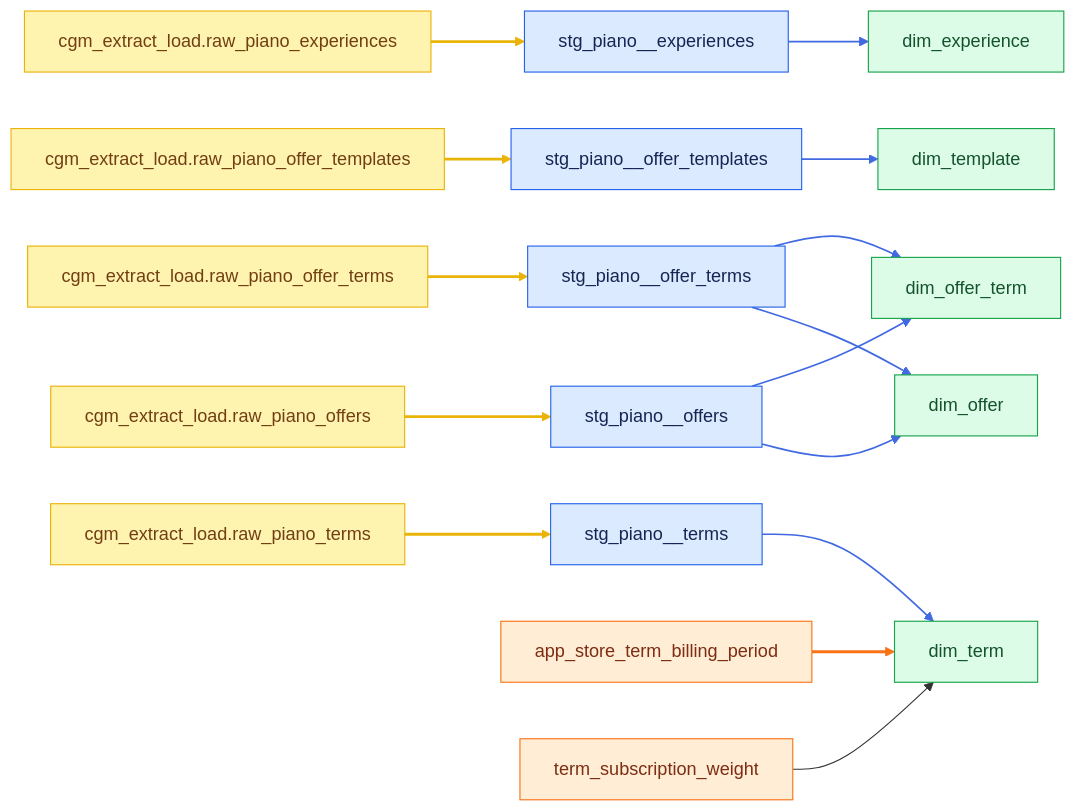
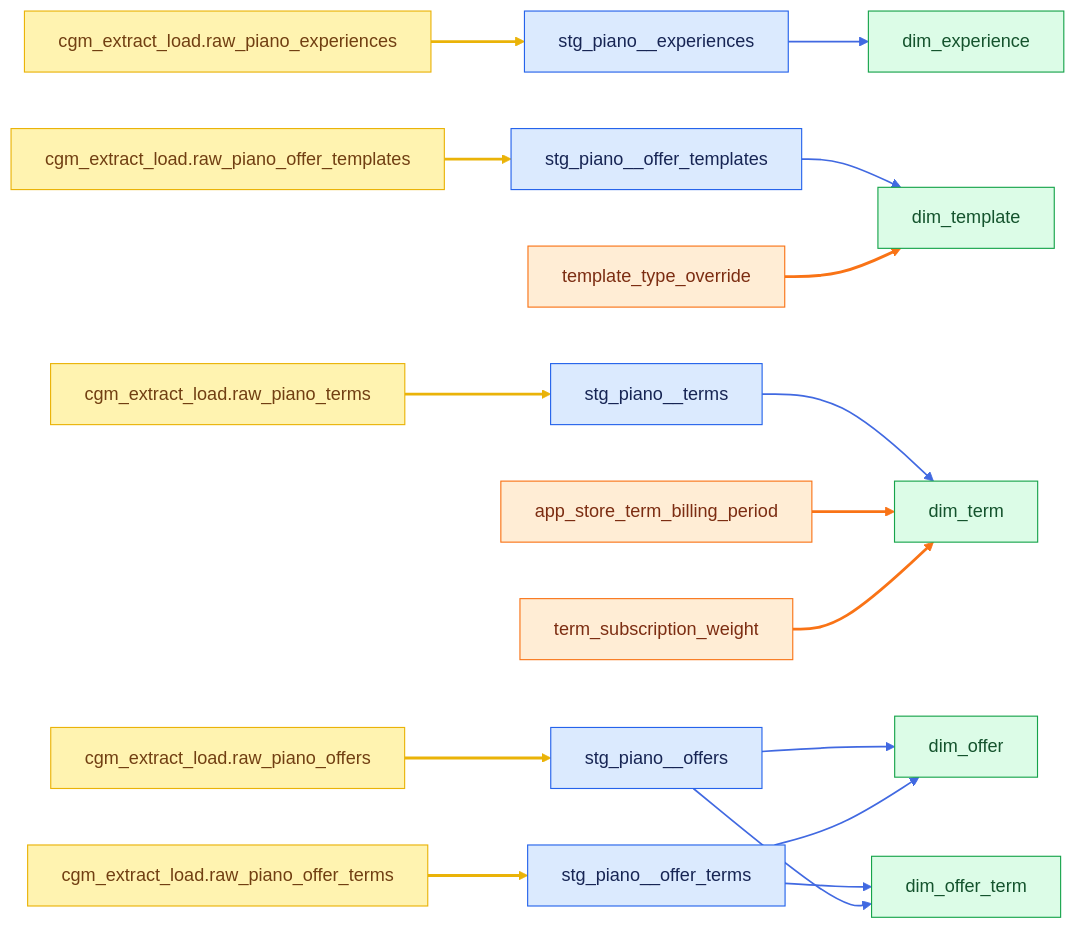
One commit to angelatanbbc/angela_bbc changed the third of 7 diagrams in docs/lineage.md. Above: the diagram before and after it, drawn with Mermaid. The commit also changed other lines of this file and 4 other files, not shown here.

````diff
--- a/docs/lineage.md
+++ b/docs/lineage.md
@@ -98,24 +98,25 @@
 ```mermaid
 graph LR
     classDef source fill:#fff3b0,stroke:#eab308,color:#713f12
     classDef seed fill:#ffedd5,stroke:#f97316,color:#7c2d12
     classDef model fill:#dbeafe,stroke:#2563eb,color:#172554
     classDef mart fill:#dcfce7,stroke:#16a34a,color:#14532d
     raw_exp["cgm_extract_load.raw_piano_experiences"]:::source --> stg_exp["stg_piano__experiences"]:::model
     raw_tpl["cgm_extract_load.raw_piano_offer_templates"]:::source --> stg_tpl["stg_piano__offer_templates"]:::model
     raw_term["cgm_extract_load.raw_piano_terms"]:::source --> stg_term["stg_piano__terms"]:::model
     raw_offer["cgm_extract_load.raw_piano_offers"]:::source --> stg_offer["stg_piano__offers"]:::model
     raw_ot["cgm_extract_load.raw_piano_offer_terms"]:::source --> stg_ot["stg_piano__offer_terms"]:::model
     stg_exp --> experience["dim_experience"]:::mart
     stg_tpl --> template["dim_template"]:::mart
     stg_term --> term["dim_term"]:::mart
     stg_offer --> offer["dim_offer"]:::mart
     stg_ot --> offer
     stg_ot --> offer_term["dim_offer_term"]:::mart
     stg_offer --> offer_term
     billing_seed["app_store_term_billing_period"]:::seed --> term
     weight_seed["term_subscription_weight"]:::seed --> term
+    override_seed["template_type_override"]:::seed --> template
     linkStyle 0,1,2,3,4 stroke:#eab308,stroke-width:2.5px
     linkStyle 5,6,7,8,9,10,11 stroke:#4169e1,stroke-width:1.5px
-    linkStyle 12 stroke:#f97316,stroke-width:2.5px
+    linkStyle 12,13,14 stroke:#f97316,stroke-width:2.5px
 ```
````
